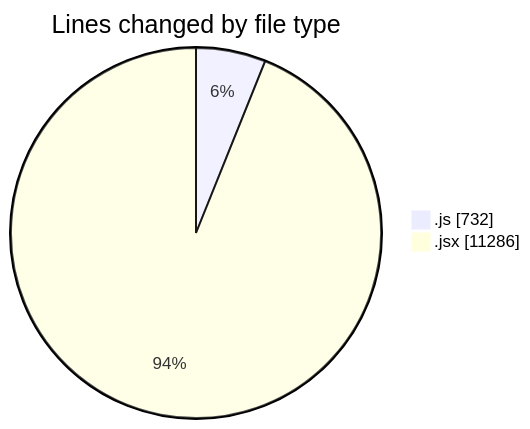
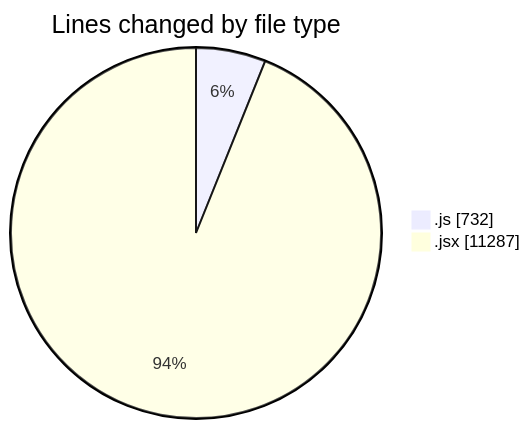
Before and after one commit to nxtqubesakshisongat/code-tracking: the first of 2 diagrams in 2025-07-28/nxtqube_webapp/README.md, drawn with Mermaid. The commit also changed other lines of this file and 1 other file, not shown here.

````diff
--- a/2025-07-28/nxtqube_webapp/README.md
+++ b/2025-07-28/nxtqube_webapp/README.md
@@ -47,6 +47,6 @@
 ```mermaid
 pie showData
 title Lines changed by file type
 ".js" : 732
-".jsx" : 11286
+".jsx" : 11287
 ```
````
